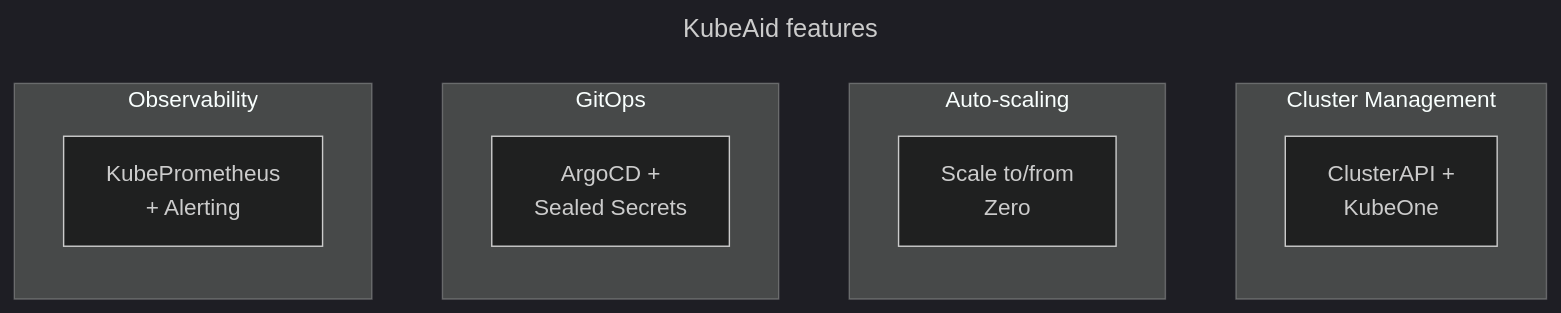
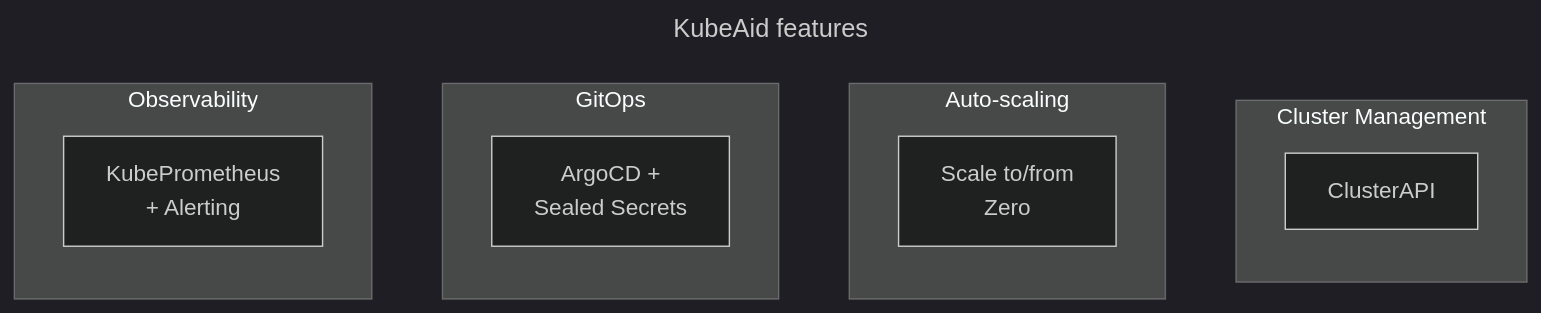
The diagram in docs/getting-started/README.md (blackwoodseven/kubeaid), drawn with Mermaid (dark theme) before and after one commit. The commit also changed other lines of this file, not shown here.

Commit message:
docs(getting-started): KubeOne is platform-specific, not part of every cluster

````diff
--- a/docs/getting-started/README.md
+++ b/docs/getting-started/README.md
@@ -19,20 +18,20 @@
 ```mermaid
 ---
 title: KubeAid features
 ---
 flowchart LR
     subgraph Obs["Observability"]
         KP["KubePrometheus<br/>+ Alerting"]
     end
     subgraph Git["GitOps"]
         AG["ArgoCD +<br/>Sealed Secrets"]
     end
     subgraph Scale["Auto-scaling"]
         AS["Scale to/from<br/>Zero"]
     end
     subgraph Mgmt["Cluster Management"]
-        CM["ClusterAPI +<br/>KubeOne"]
+        CM["ClusterAPI"]
     end
 
     Obs ~~~ Git ~~~ Scale ~~~ Mgmt
 ```
````
